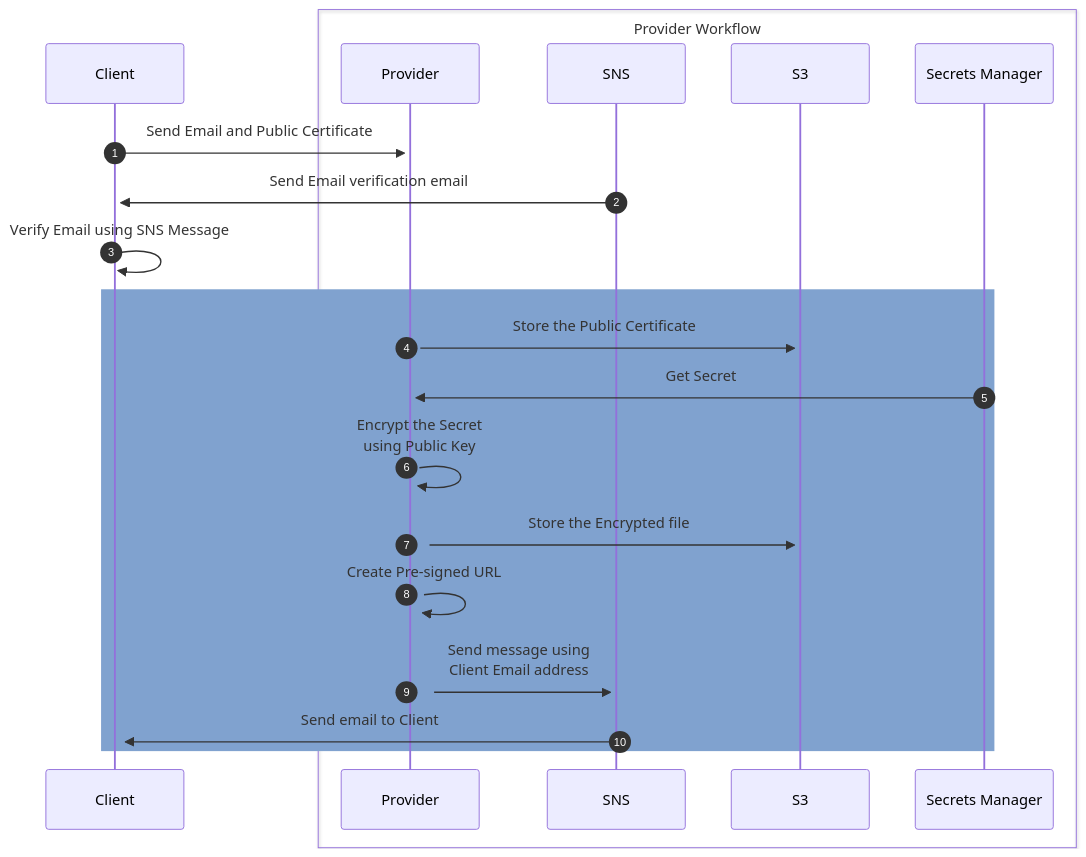
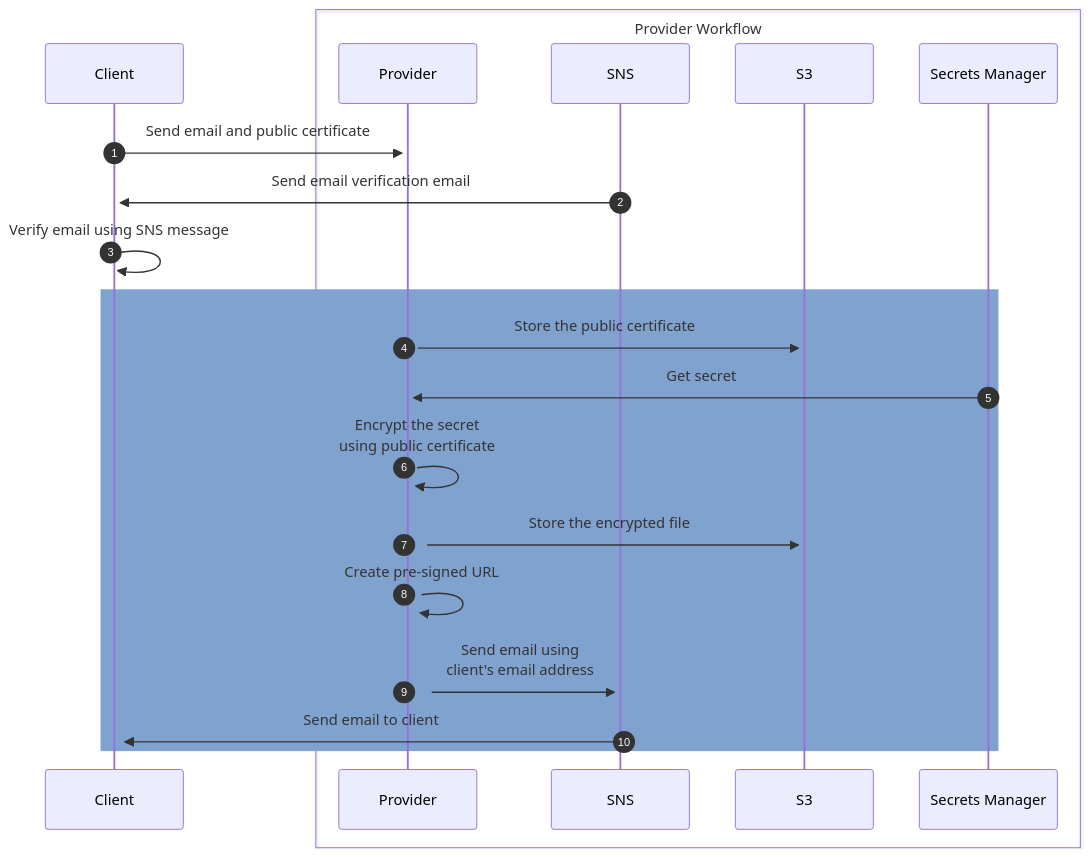
One commit to smislam/securely-share-secrets changed the first of 2 diagrams in README.md. Above: the diagram before and after it, drawn with Mermaid. The commit also changed other lines of this file, not shown here.

````diff
--- a/README.md
+++ b/README.md
@@ -8,24 +8,24 @@
 ```mermaid
 sequenceDiagram
 autonumber
-    Client->>+Provider: Send Email and Public Certificate
+    Client->>+Provider: Send email and public certificate
 
     box Provider Workflow
         participant Provider
         participant SNS
         participant S3
         participant Secrets Manager
     end
     
-    SNS->>+Client: Send Email verification email
-    Client->>+Client: Verify Email using SNS Message
+    SNS->>+Client: Send email verification email
+    Client->>+Client: Verify email using SNS message
     rect rgb(128, 162, 207)
-    Provider->>+S3: Store the Public Certificate
-    Secrets Manager->>+Provider: Get Secret
-    Provider->>+Provider: Encrypt the Secret<br/>using Public Key
-    Provider->>+S3: Store the Encrypted file
-    Provider->>+Provider: Create Pre-signed URL
-    Provider->>+SNS: Send message using<br/>Client Email address   
-    SNS->>+Client: Send email to Client
+    Provider->>+S3: Store the public certificate
+    Secrets Manager->>+Provider: Get secret
+    Provider->>+Provider: Encrypt the secret<br/>using public certificate
+    Provider->>+S3: Store the encrypted file
+    Provider->>+Provider: Create pre-signed URL
+    Provider->>+SNS: Send email using<br/>client's email address   
+    SNS->>+Client: Send email to client
     end
 ```
````
